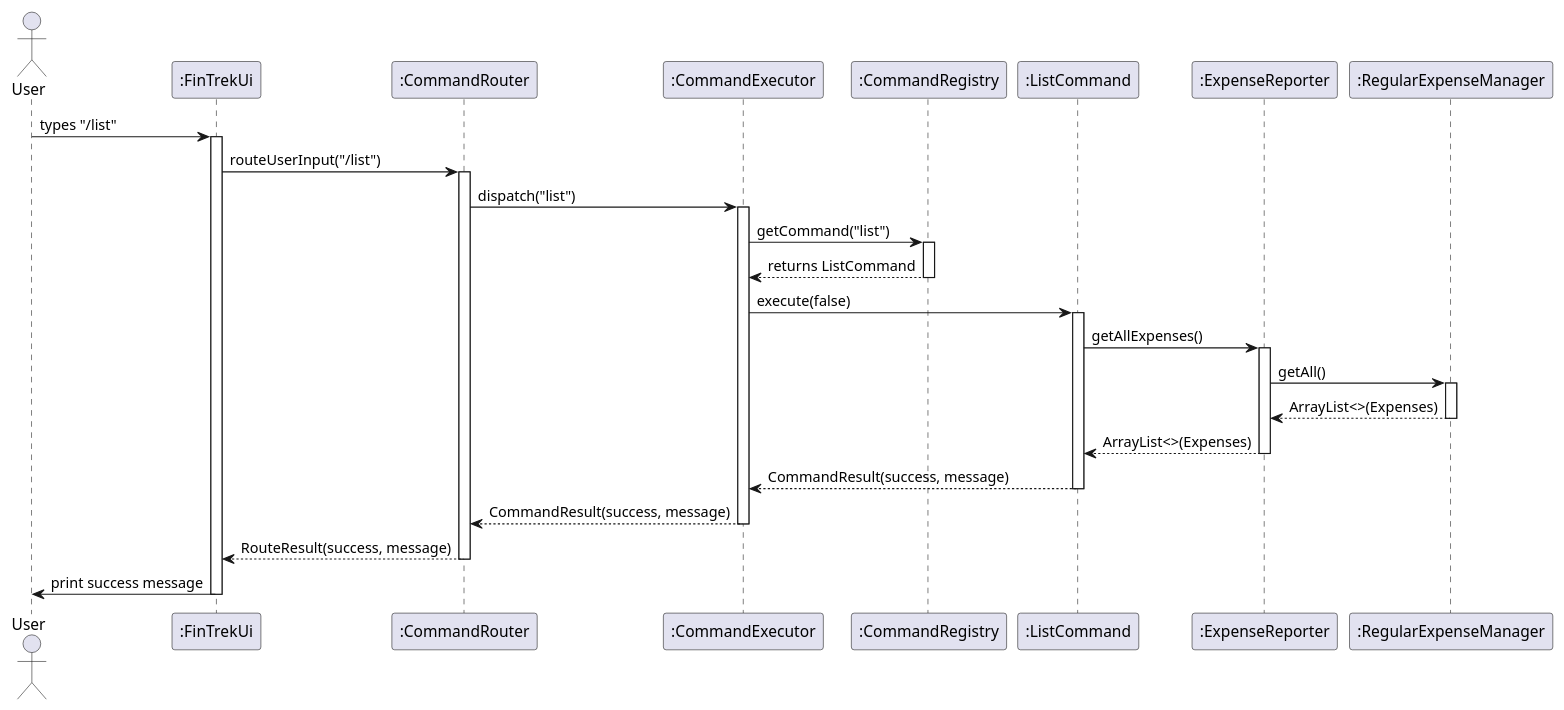
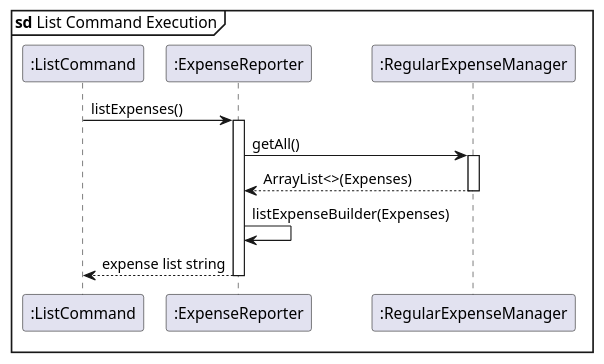
Before and after one commit to randust/tp: the diagram in docs/diagrams/sequence/list.puml, drawn with PlantUML. The commit also changed 2 other files, not shown here.

Commit message:
Updated add & list uml diagrams, deleted old add puml code

```diff
--- a/docs/diagrams/sequence/list.puml
+++ b/docs/diagrams/sequence/list.puml
@@ -1,55 +1,25 @@
 @startuml
 'https://plantuml.com/sequence-diagram
 
-actor User
-participant ":FinTrekUi" as FinTrek
-participant ":CommandRouter" as Router
-participant ":CommandExecutor" as Executor
-participant ":CommandRegistry" as Registry
+mainframe **sd** List Command Execution
+
 participant ":ListCommand" as ListCmd
 participant ":ExpenseReporter" as ExpenseSvc
 participant ":RegularExpenseManager" as RegExpMgr
 
-User -> FinTrek : types "/list"
-activate FinTrek
-
-FinTrek -> Router : routeUserInput("/list")
-activate Router
-
-Router -> Executor : dispatch("list")
-activate Executor
-
-Executor -> Registry : getCommand("list")
-activate Registry
-
-Registry --> Executor : returns ListCommand
-deactivate Registry
-
-Executor -> ListCmd : execute(false)
-activate ListCmd
-
-ListCmd -> ExpenseSvc : getAllExpenses()
+ListCmd -> ExpenseSvc : listExpenses()
 activate ExpenseSvc
 
 ExpenseSvc -> RegExpMgr : getAll()
 activate RegExpMgr
 
 RegExpMgr --> ExpenseSvc : ArrayList<>(Expenses)
 deactivate RegExpMgr
 
-ExpenseSvc --> ListCmd : ArrayList<>(Expenses)
+ExpenseSvc -> ExpenseSvc: listExpenseBuilder(Expenses)
+
+ExpenseSvc --> ListCmd : expense list string
 deactivate ExpenseSvc
 
-ListCmd --> Executor : CommandResult(success, message)
-deactivate ListCmd
-
-Executor --> Router : CommandResult(success, message)
-deactivate Executor
-
-Router --> FinTrek : RouteResult(success, message)
-deactivate Router
-
-FinTrek -> User : print success message
-deactivate FinTrek
 
 @enduml
```
